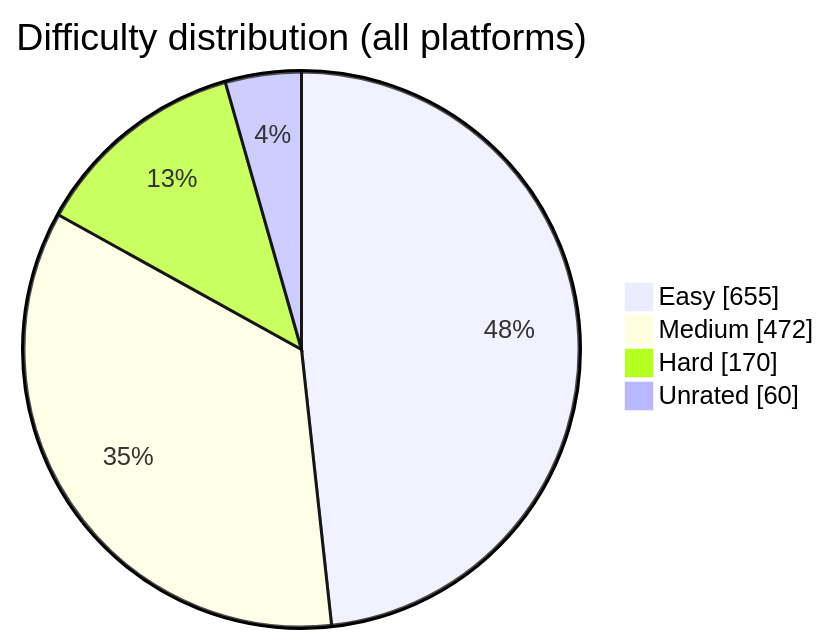
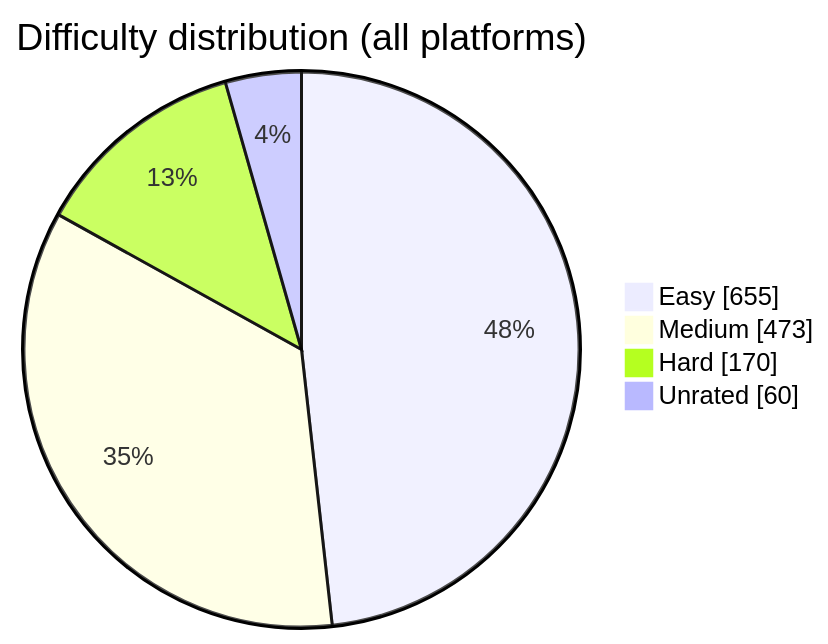
The diagram in README.md (BuildbyArindam/Daily-Coding-Log), drawn with Mermaid before and after one commit. The commit also changed other lines of this file, not shown here.

````diff
--- a/README.md
+++ b/README.md
@@ -93,7 +93,7 @@
 ```mermaid
 pie showData title Difficulty distribution (all platforms)
     "Easy" : 655
-    "Medium" : 472
+    "Medium" : 473
     "Hard" : 170
     "Unrated" : 60
 ```
````
